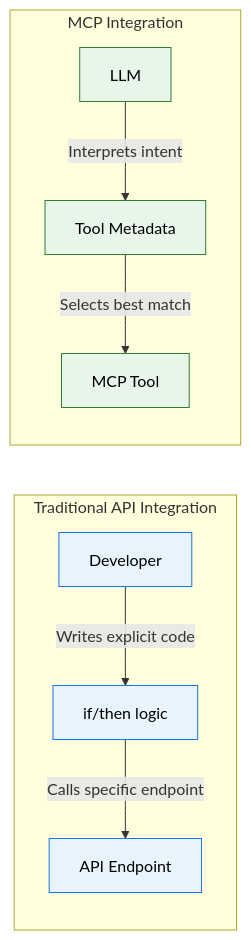
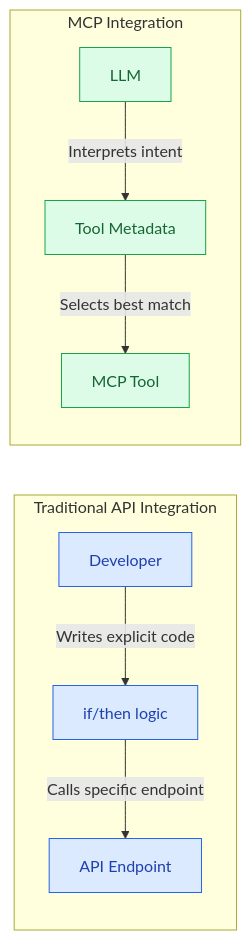
Before and after one commit to raj-champion-trader/rajchampaneriya.github.io: the third of 5 diagrams in hugo-site/content/blog/2026/01/4.mcp-heads-with-agent-skills.md, drawn with Mermaid. The commit also changed other lines of this file and 4 other files, not shown here.

Commit message:
style: Enhance Mermaid diagram support with semantic node classes and guidelines for consistent theming

````diff
--- a/hugo-site/content/blog/2026/01/4.mcp-heads-with-agent-skills.md
+++ b/hugo-site/content/blog/2026/01/4.mcp-heads-with-agent-skills.md
@@ -121,19 +117,15 @@
 ```mermaid
 graph LR
+    classDef primary fill:#dbeafe,stroke:#2563eb,color:#1e40af
+    classDef secondary fill:#dcfce7,stroke:#16a34a,color:#166534
+
     subgraph Traditional["Traditional API Integration"]
-        Dev["Developer"] -->|"Writes explicit code"| Code["if/then logic"]
-        Code -->|"Calls specific endpoint"| Endpoint["API Endpoint"]
+        Dev["Developer"]:::primary -->|"Writes explicit code"| Code["if/then logic"]:::primary
+        Code -->|"Calls specific endpoint"| Endpoint["API Endpoint"]:::primary
     end
 
     subgraph MCP_Flow["MCP Integration"]
-        Model["LLM"] -->|"Interprets intent"| Meta["Tool Metadata"]
-        Meta -->|"Selects best match"| Tool["MCP Tool"]
+        Model["LLM"]:::secondary -->|"Interprets intent"| Meta["Tool Metadata"]:::secondary
+        Meta -->|"Selects best match"| Tool["MCP Tool"]:::secondary
     end
-
-    style Dev fill:#e8f4fd,stroke:#1a73e8,color:#000
-    style Code fill:#e8f4fd,stroke:#1a73e8,color:#000
-    style Endpoint fill:#e8f4fd,stroke:#1a73e8,color:#000
-    style Model fill:#e8f5e9,stroke:#2e7d32,color:#000
-    style Meta fill:#e8f5e9,stroke:#2e7d32,color:#000
-    style Tool fill:#e8f5e9,stroke:#2e7d32,color:#000
 ```
````
